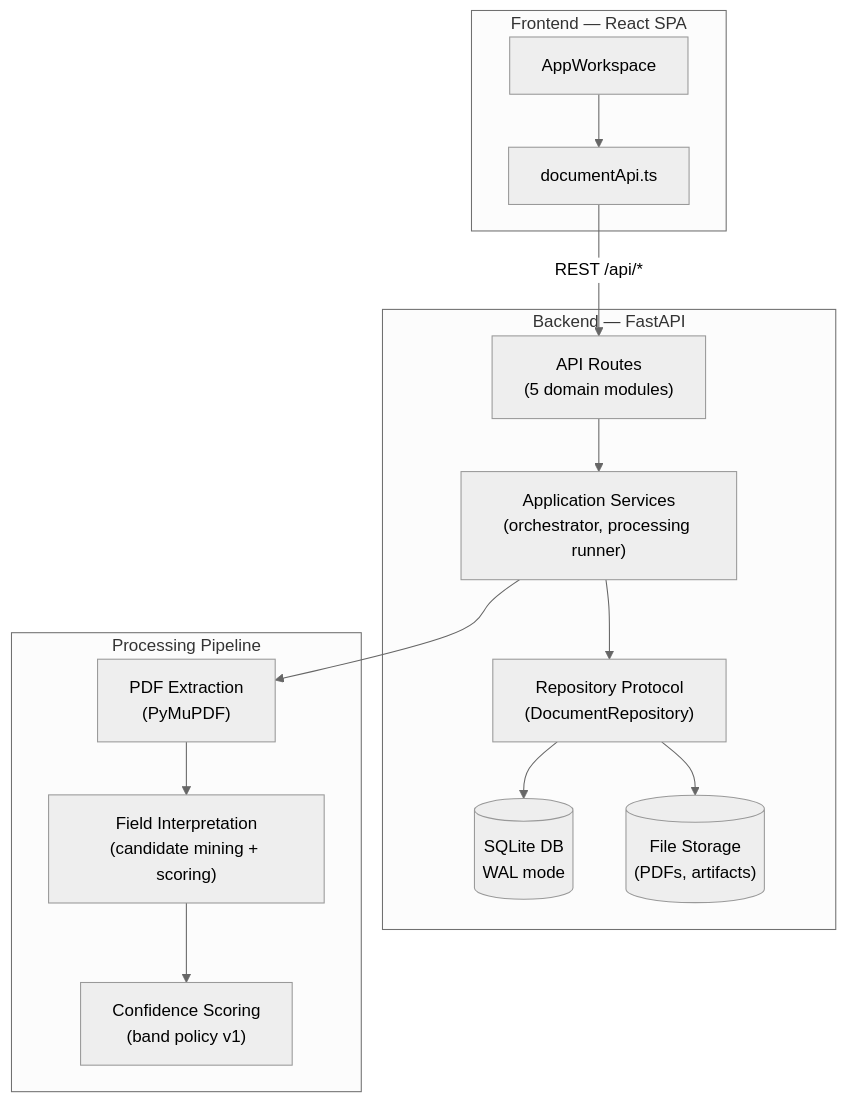
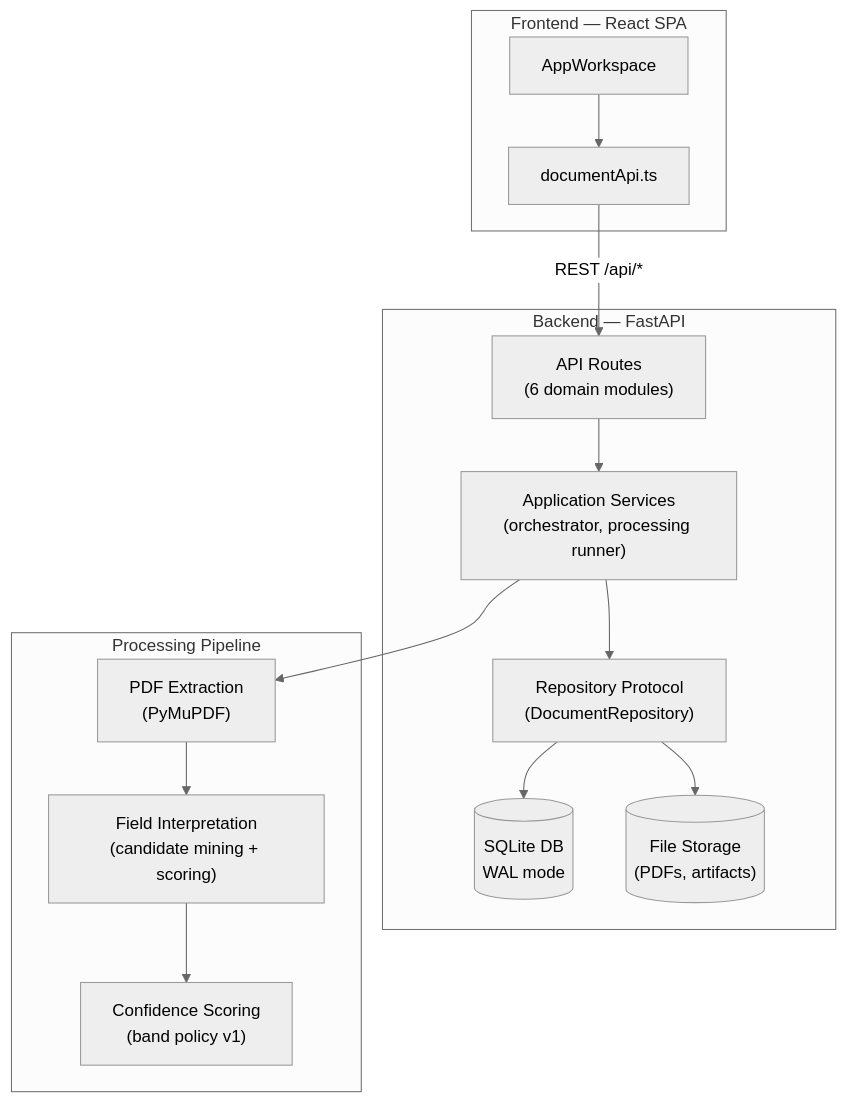
The diagram in docs/projects/veterinary-medical-records/02-tech/architecture.md (isilionisilme/veterinary-medical-records), drawn with Mermaid (neutral theme) before and after one commit. The commit also changed other lines of this file and 4 other files, not shown here.

````diff
--- a/docs/projects/veterinary-medical-records/02-tech/architecture.md
+++ b/docs/projects/veterinary-medical-records/02-tech/architecture.md
@@ -45,31 +45,31 @@
 ```mermaid
 graph TB
     subgraph "Frontend — React SPA"
         UI["AppWorkspace"]
         API["documentApi.ts"]
         UI --> API
     end
 
     subgraph "Backend — FastAPI"
-        Routes["API Routes<br/>(5 domain modules)"]
+        Routes["API Routes<br/>(6 domain modules)"]
         Services["Application Services<br/>(orchestrator, processing runner)"]
         Ports["Repository Protocol<br/>(DocumentRepository)"]
         SQLite[("SQLite DB<br/>WAL mode")]
         Storage[("File Storage<br/>(PDFs, artifacts)")]
         Routes --> Services
         Services --> Ports
         Ports --> SQLite
         Ports --> Storage
     end
 
     subgraph "Processing Pipeline"
         Extraction["PDF Extraction<br/>(PyMuPDF)"]
         Interpretation["Field Interpretation<br/>(candidate mining + scoring)"]
         Confidence["Confidence Scoring<br/>(band policy v1)"]
         Extraction --> Interpretation
         Interpretation --> Confidence
     end
 
     API -- "REST /api/*" --> Routes
     Services --> Extraction
 ```
````
